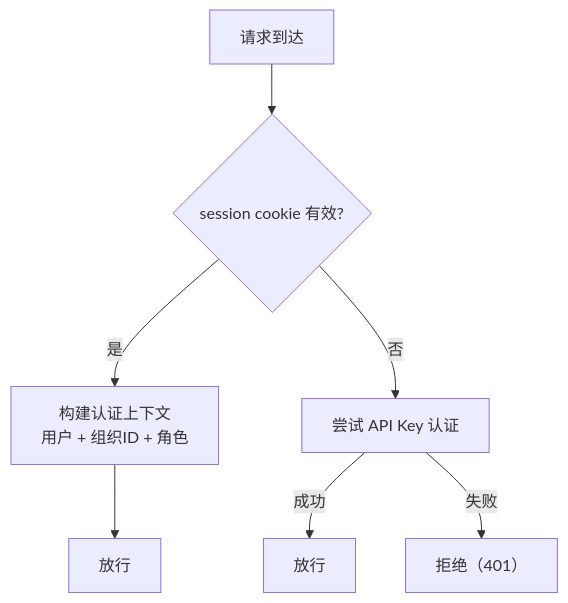
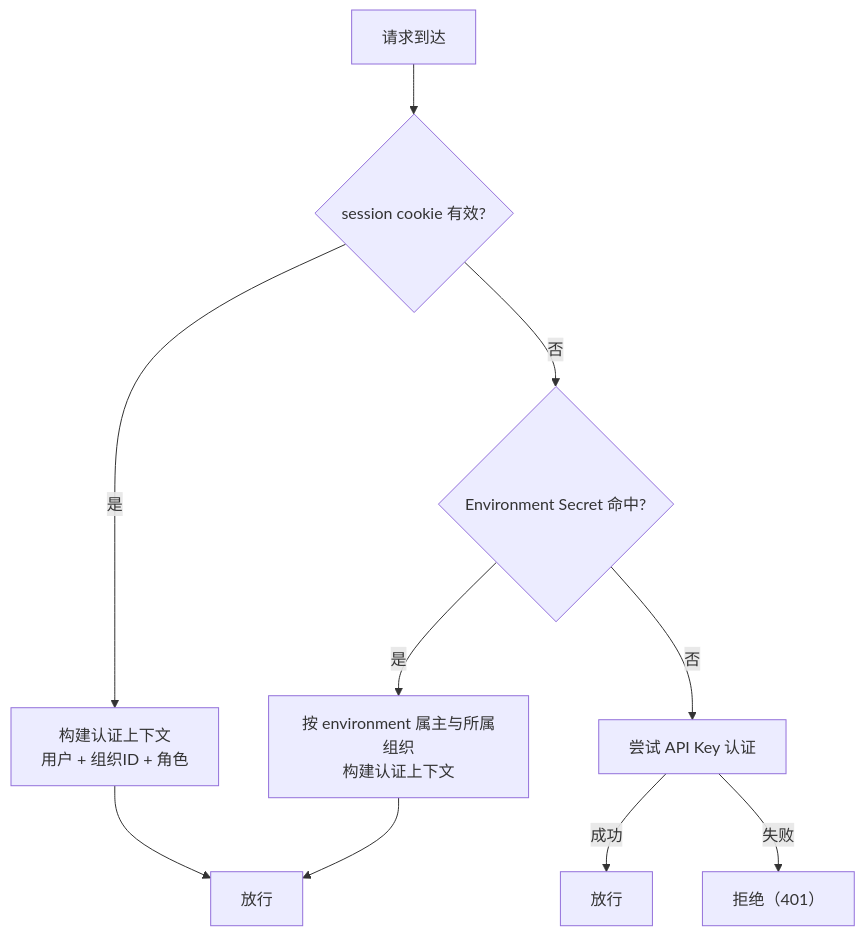
One commit to HuangPuStar/FenixAgent changed the diagram in docs/arch/03-auth.md. Above: the diagram before and after it, drawn with Mermaid. The commit also changed other lines of this file and 465 other files, not shown here.

````diff
--- a/docs/arch/03-auth.md
+++ b/docs/arch/03-auth.md
@@ -72,9 +78,12 @@
 ```mermaid
 flowchart TD
     REQ["请求到达"] --> COOKIE{"session cookie 有效?"}
     COOKIE -->|是| CTX["构建认证上下文<br/>用户 + 组织ID + 角色"]
     CTX --> PASS["放行"]
-    COOKIE -->|否| APIKEY["尝试 API Key 认证"]
+    COOKIE -->|否| ENVSECRET{"Environment Secret 命中?"}
+    ENVSECRET -->|是| CTX2["按 environment 属主与所属组织<br/>构建认证上下文"]
+    CTX2 --> PASS
+    ENVSECRET -->|否| APIKEY["尝试 API Key 认证"]
     APIKEY -->|成功| PASS2["放行"]
     APIKEY -->|失败| NULL["拒绝（401）"]
 ```
````
